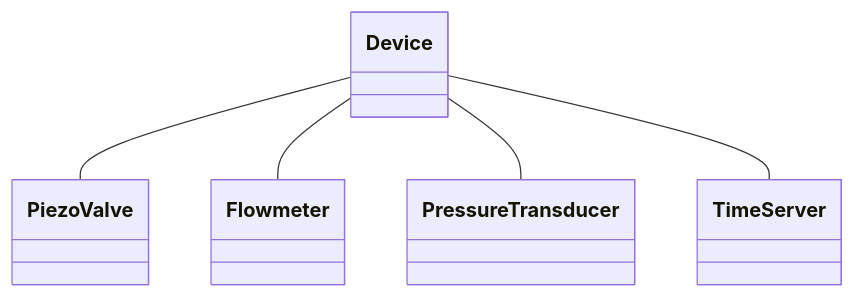
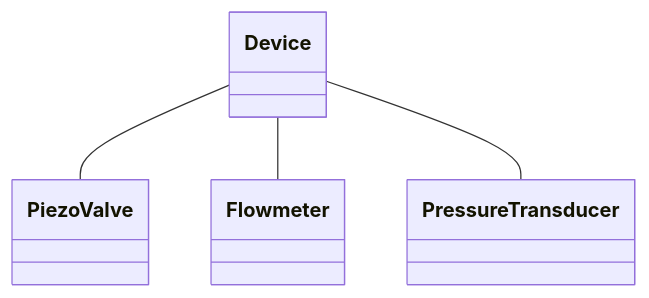
Before and after one commit to BaPSF/bapsf_gaspuff: the first of 2 diagrams in README.md, drawn with Mermaid. The commit also changed other lines of this file, not shown here.

````diff
--- a/README.md
+++ b/README.md
@@ -3,7 +3,6 @@
 ```mermaid
 classDiagram
     Device -- PiezoValve
     Device -- Flowmeter
     Device -- PressureTransducer
-    Device -- TimeServer
 ```
````
